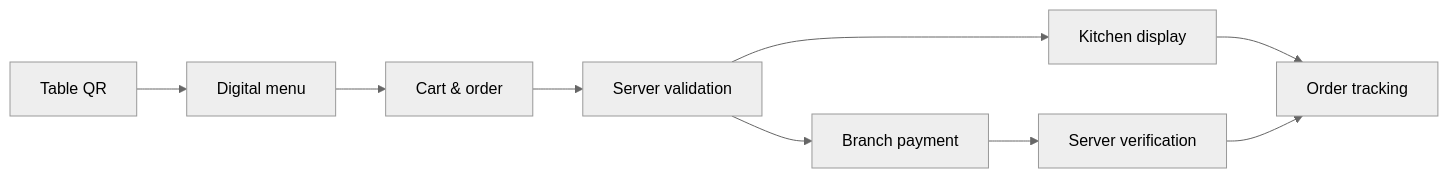
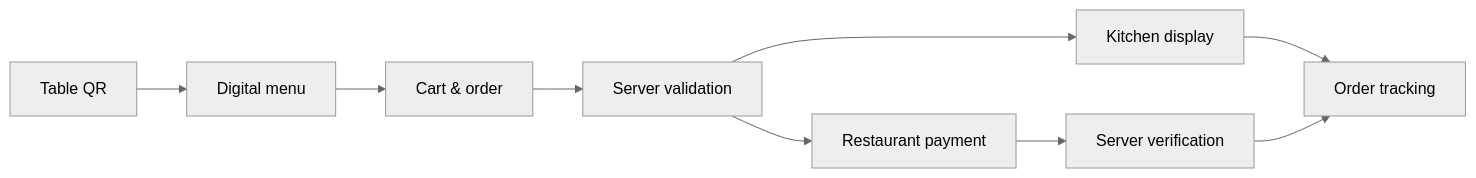
The first of 2 diagrams in README.md (cianium/Online-Menu), drawn with Mermaid (neutral theme) before and after one commit. The commit also changed other lines of this file and 6 other files, not shown here.

````diff
--- a/README.md
+++ b/README.md
@@ -168,11 +168,11 @@
 ```mermaid
 flowchart LR
     A["Table QR"] --> B["Digital menu"]
     B --> C["Cart & order"]
     C --> D["Server validation"]
     D --> E["Kitchen display"]
-    D --> F["Branch payment"]
+    D --> F["Restaurant payment"]
     F --> G["Server verification"]
     E --> H["Order tracking"]
     G --> H
 ```
````
